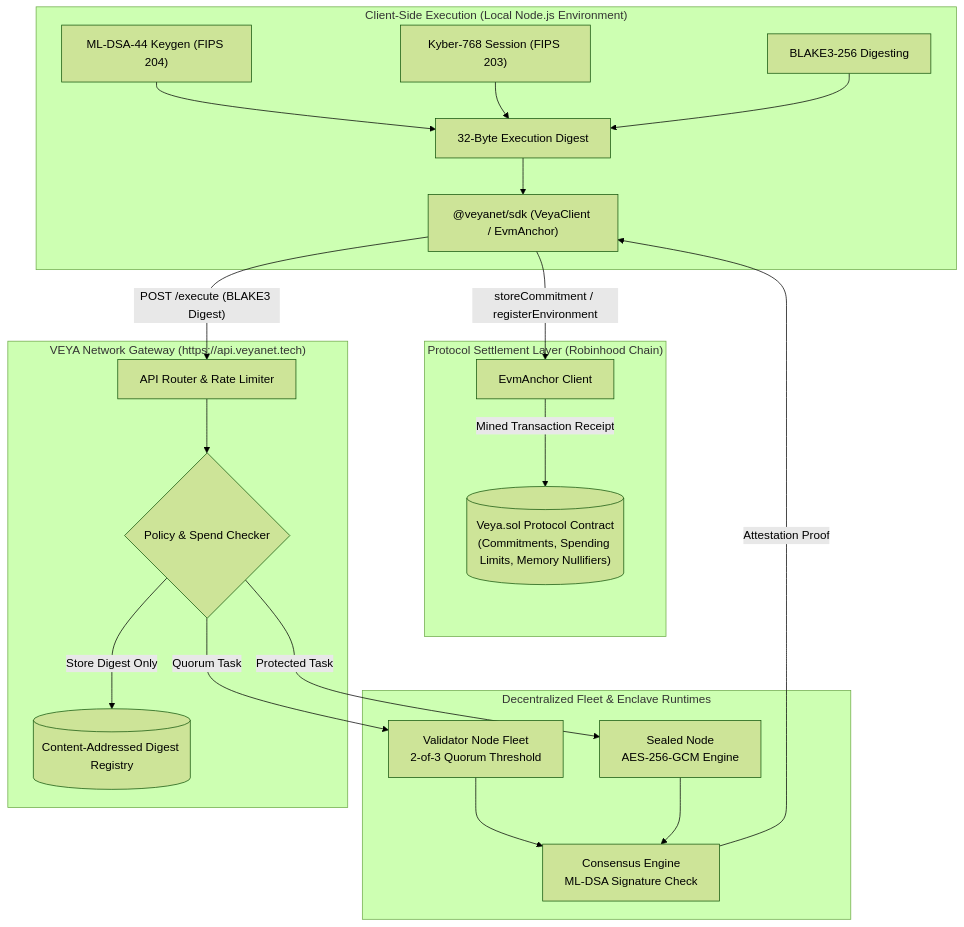
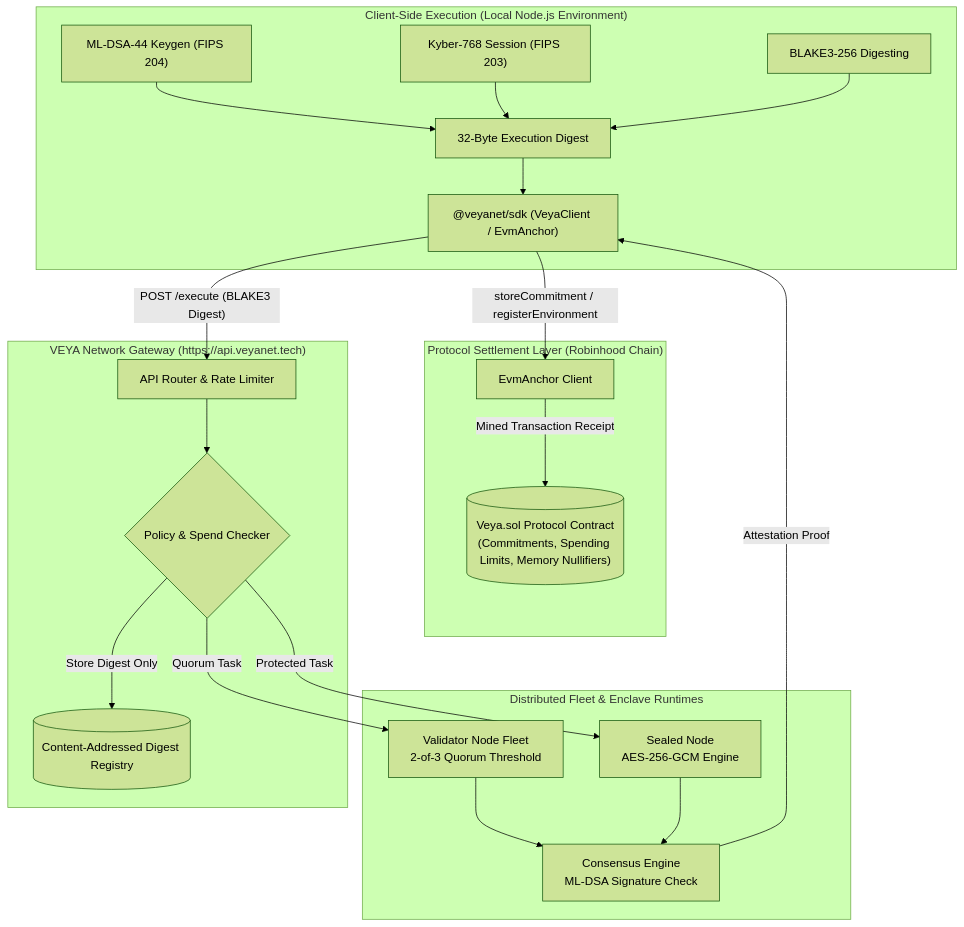
Before and after one commit to veyanet/veya-sdk: the diagram in README.md, drawn with Mermaid (forest theme). The commit also changed other lines of this file, not shown here.

````diff
--- a/README.md
+++ b/README.md
@@ -83,52 +83,52 @@
 ```mermaid
 flowchart TB
     subgraph ClientSpace["Client-Side Execution (Local Node.js Environment)"]
         PQGen["ML-DSA-44 Keygen (FIPS 204)"]
         KyberGen["Kyber-768 Session (FIPS 203)"]
         BLAKE3Engine["BLAKE3-256 Digesting"]
         StateDigest["32-Byte Execution Digest"]
         
         SDK["@veyanet/sdk (VeyaClient / EvmAnchor)"]
     end
 
     subgraph APIBoundary["VEYA Network Gateway (https://api.veyanet.tech)"]
         Gateway["API Router & Rate Limiter"]
         PolicyCheck{"Policy & Spend Checker"}
         StateDB[("Content-Addressed Digest Registry")]
     end
 
-    subgraph ComputeBoundary["Decentralized Fleet & Enclave Runtimes"]
+    subgraph ComputeBoundary["Distributed Fleet & Enclave Runtimes"]
         ValidatorFleet["Validator Node Fleet\n2-of-3 Quorum Threshold"]
         SealedNode["Sealed Node\nAES-256-GCM Engine"]
         ConsensusEngine["Consensus Engine\nML-DSA Signature Check"]
     end
 
     subgraph Blockchain["Protocol Settlement Layer (Robinhood Chain)"]
         EvmAnchor["EvmAnchor Client"]
         ProtocolContract[("Veya.sol Protocol Contract\n(Commitments, Spending Limits, Memory Nullifiers)")]
     end
 
     %% Cryptographic Setup
     PQGen --> StateDigest
     KyberGen --> StateDigest
     BLAKE3Engine --> StateDigest
 
     %% SDK Dispatch
     StateDigest --> SDK
     
     %% API Requests
     SDK -->|"POST /execute (BLAKE3 Digest)"| Gateway
     Gateway --> PolicyCheck
     PolicyCheck -->|"Store Digest Only"| StateDB
 
     %% Compute Execution
     PolicyCheck -->|"Quorum Task"| ValidatorFleet
     PolicyCheck -->|"Protected Task"| SealedNode
     ValidatorFleet --> ConsensusEngine
     SealedNode --> ConsensusEngine
 
     %% Settlement
     ConsensusEngine -->|"Attestation Proof"| SDK
     SDK -->|"storeCommitment / registerEnvironment"| EvmAnchor
     EvmAnchor -->|"Mined Transaction Receipt"| ProtocolContract
 ```
````
